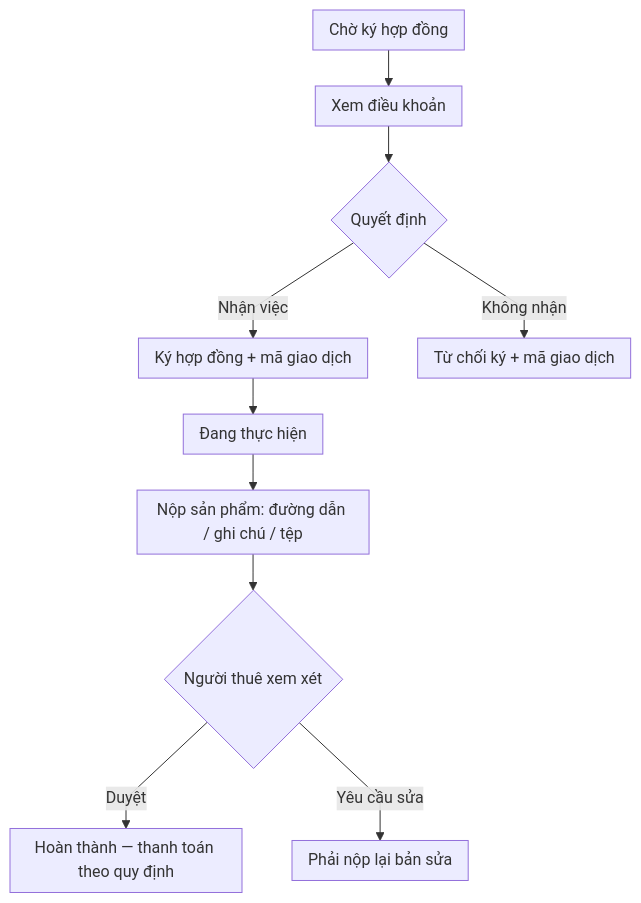
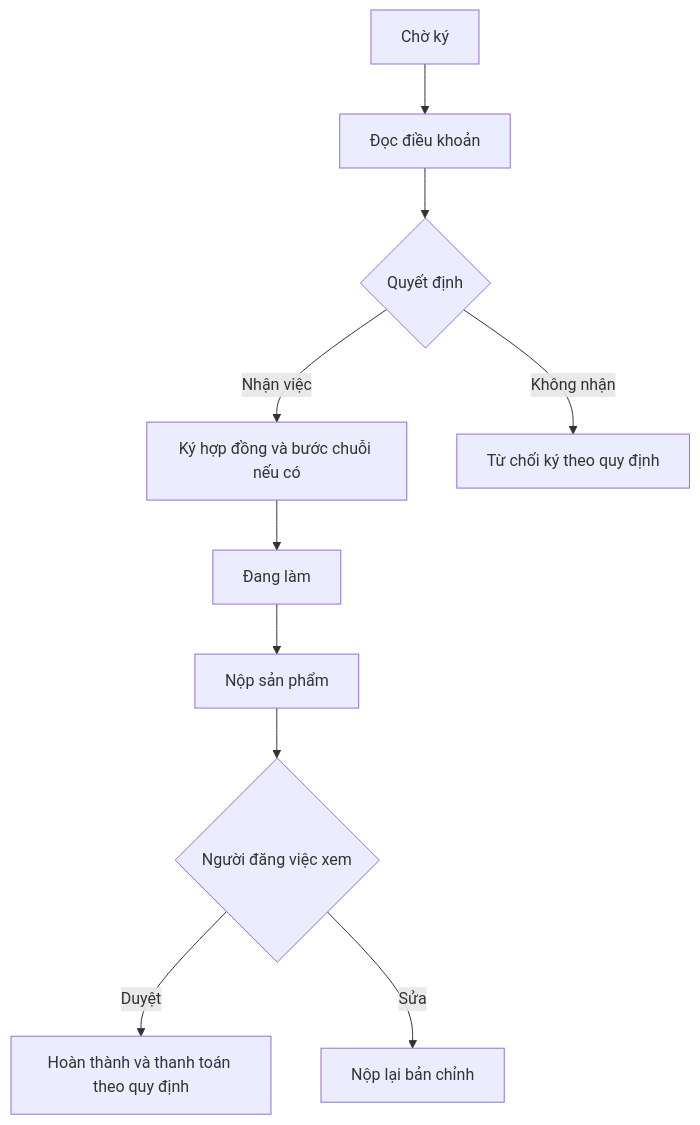
One commit to dmt041104111003/docs-nckh changed the third of 4 diagrams in freelancer.md. Above: the diagram before and after it, drawn with Mermaid. The commit also changed other lines of this file and 8 other files, not shown here.

````diff
--- a/freelancer.md
+++ b/freelancer.md
@@ -58,13 +46,12 @@
 ```mermaid
-%%{init: {"flowchart": {"curve": "linear", "padding": 8, "rankSpacing": 36}}}%%
 flowchart TB
-  A[Chờ ký hợp đồng] --> B[Xem điều khoản]
+  A[Chờ ký] --> B[Đọc điều khoản]
   B --> C{Quyết định}
-  C -->|Nhận việc| D[Ký hợp đồng + mã giao dịch]
-  C -->|Không nhận| E[Từ chối ký + mã giao dịch]
-  D --> F[Đang thực hiện]
-  F --> G[Nộp sản phẩm: đường dẫn / ghi chú / tệp]
-  G --> H{Người thuê xem xét}
-  H -->|Duyệt| I[Hoàn thành — thanh toán theo quy định]
-  H -->|Yêu cầu sửa| J[Phải nộp lại bản sửa]
+  C -->|Nhận việc| D[Ký hợp đồng và bước chuỗi nếu có]
+  C -->|Không nhận| E[Từ chối ký theo quy định]
+  D --> F[Đang làm]
+  F --> G[Nộp sản phẩm]
+  G --> H{Người đăng việc xem}
+  H -->|Duyệt| I[Hoàn thành và thanh toán theo quy định]
+  H -->|Sửa| J[Nộp lại bản chỉnh]
 ```
````
